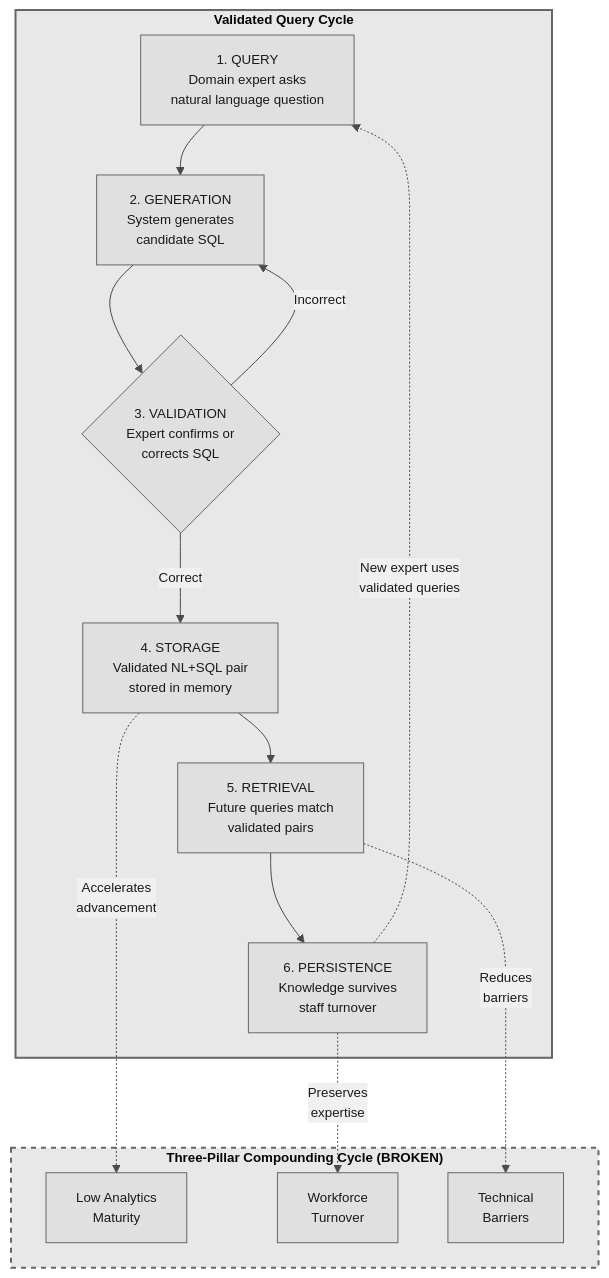
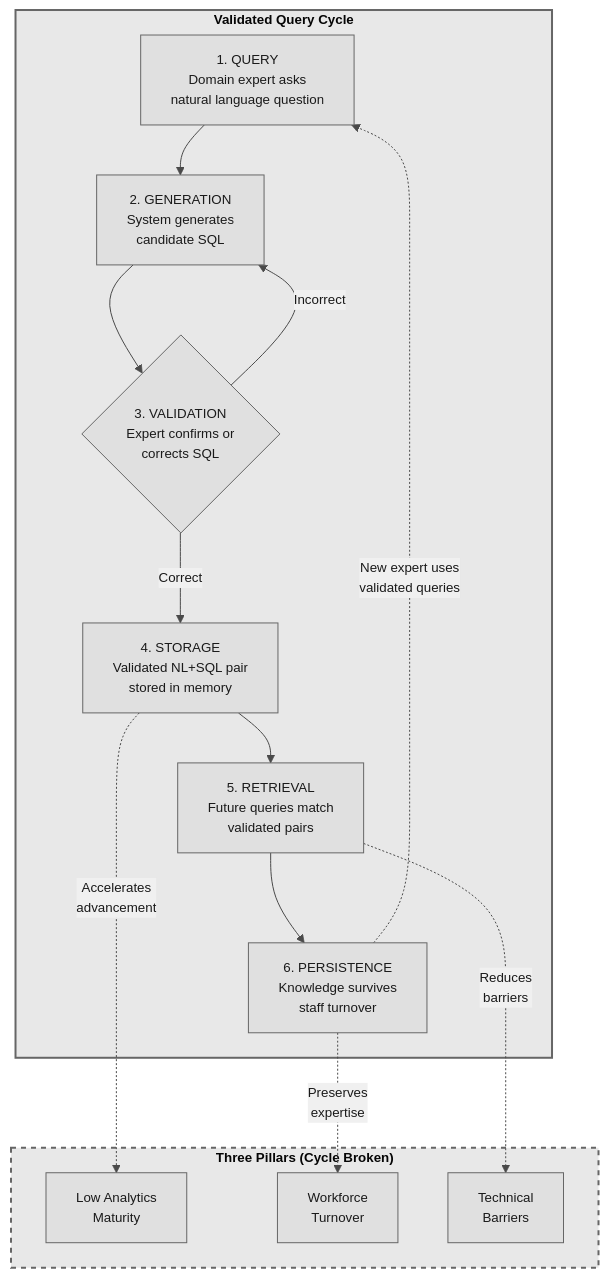
Before and after one commit to stharrold/yuimedi-paper-20250901: the diagram in figures/knowledge-cycle.mmd, drawn with Mermaid. The commit also changed 1 other file, not shown here.

Commit message:
style(figures): shorten Figure 2 subgraph title to prevent word wrap
🤖 Generated with [Claude Code](https://claude.com/claude-code)

```diff
--- a/figures/knowledge-cycle.mmd
+++ b/figures/knowledge-cycle.mmd
@@ -1,37 +1,37 @@
 %%{init: {'theme': 'base', 'flowchart': {'useMaxWidth': false, 'markdownAutoWrap': false}, 'themeVariables': { 'primaryColor': '#e0e0e0', 'primaryTextColor': '#1a1a1a', 'primaryBorderColor': '#666', 'lineColor': '#4a4a4a', 'secondaryColor': '#f0f0f0', 'tertiaryColor': '#fafafa', 'fontFamily': 'Arial, sans-serif', 'fontSize': '10pt'}}}%%
 flowchart TB
     %% Validated Query Cycle - Knowledge Preservation Mechanism
     %% Shows how validated NL+SQL pairs break the three-pillar compounding cycle
 
     subgraph CYCLE["<b>Validated Query Cycle</b>"]
         Q["1. QUERY<br/>Domain expert asks<br/>natural language question"]
         G["2. GENERATION<br/>System generates<br/>candidate SQL"]
         V{"3. VALIDATION<br/>Expert confirms or<br/>corrects SQL"}
         S["4. STORAGE<br/>Validated NL+SQL pair<br/>stored in memory"]
         R["5. RETRIEVAL<br/>Future queries match<br/>validated pairs"]
         P["6. PERSISTENCE<br/>Knowledge survives<br/>staff turnover"]
     end
 
-    subgraph PILLARS["<b>Three-Pillar Compounding Cycle (BROKEN)</b>"]
+    subgraph PILLARS["<b>Three Pillars (Cycle Broken)</b>"]
         M["Low Analytics<br/>Maturity"]
         T["Workforce<br/>Turnover"]
         B["Technical<br/>Barriers"]
     end
 
     %% Main cycle flow (left to right)
     Q --> G
     G --> V
     V -->|"Correct"| S
     V -->|"Incorrect"| G
     S --> R
     R --> P
     P -.->|"New expert uses<br/>validated queries"| Q
 
     %% How cycle breaks each pillar (vertical connections)
     S -.->|"Accelerates<br/>advancement"| M
     P -.->|"Preserves<br/>expertise"| T
     R -.->|"Reduces<br/>barriers"| B
 
     %% Styling - Grayscale
     style CYCLE fill:#e8e8e8,stroke:#666,stroke-width:2px
     style PILLARS fill:#e8e8e8,stroke:#666,stroke-width:2px,stroke-dasharray:5 5
```
